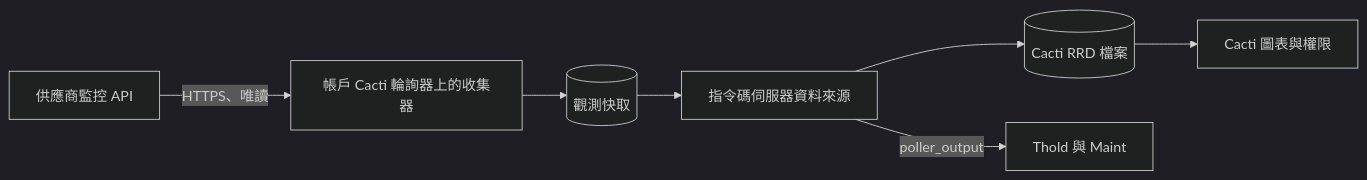
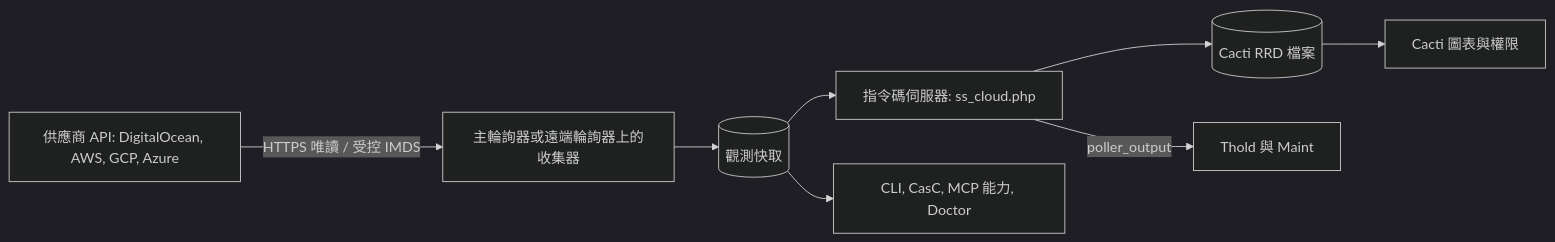
One commit to somethingwithproof/plugin_cloud changed the diagram in docs/i18n/zh-TW/README.md. Above: the diagram before and after it, drawn with Mermaid (dark theme). The commit also changed other lines of this file and 48 other files, not shown here.

First line of the commit message:
docs(readme): document AWS, GCP, Azure drivers, remote collectors, and ecosystem hooks

````diff
--- a/docs/i18n/zh-TW/README.md
+++ b/docs/i18n/zh-TW/README.md
@@ -100,9 +148,10 @@
 ```mermaid
 flowchart LR
-    API[供應商監控 API] -->|HTTPS、唯讀| C[帳戶 Cacti 輪詢器上的收集器]
+    API[供應商 API: DigitalOcean, AWS, GCP, Azure] -->|HTTPS 唯讀 / 受控 IMDS| C[主輪詢器或遠端輪詢器上的收集器]
     C --> O[(觀測快取)]
-    O --> SS[指令碼伺服器資料來源]
+    O --> SS[指令碼伺服器: ss_cloud.php]
     SS --> RRD[(Cacti RRD 檔案)]
     SS -->|poller_output| T[Thold 與 Maint]
     RRD --> G[Cacti 圖表與權限]
+    O --> ECO[CLI, CasC, MCP 能力, Doctor]
 ```
````
